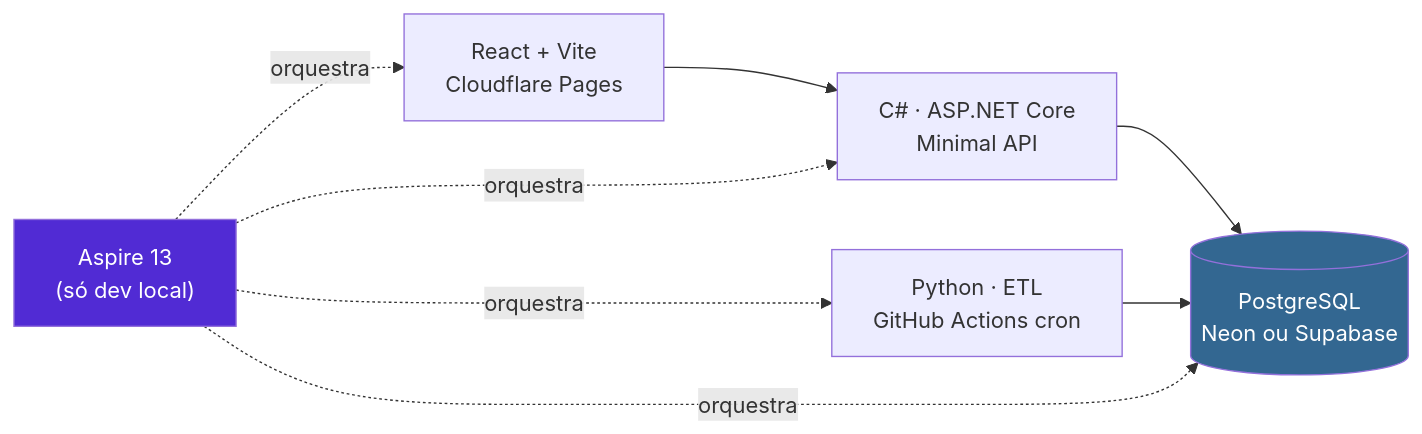
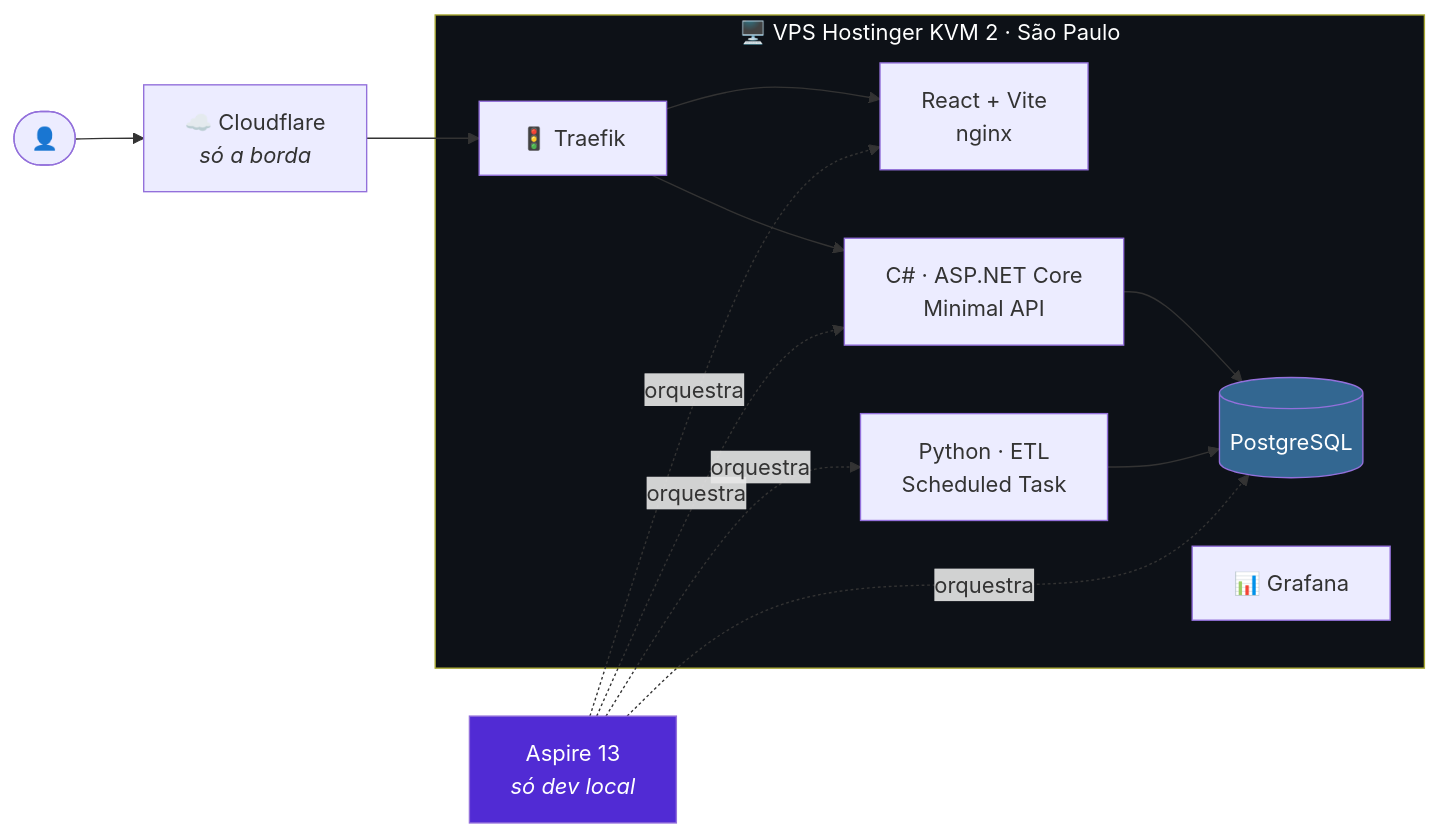
One commit to IgorLucasAssuncao/poligraph changed the diagram in docs/plano/README.md. Above: the diagram before and after it, drawn with Mermaid. The commit also changed other lines of this file and 1 other file, not shown here.

````diff
--- a/docs/plano/README.md
+++ b/docs/plano/README.md
@@ -23,9 +25,16 @@
 ```mermaid
 flowchart LR
-    R["React + Vite<br/>Cloudflare Pages"] --> A["C# · ASP.NET Core<br/>Minimal API"]
-    A --> P[("PostgreSQL<br/>Neon ou Supabase")]
-    E["Python · ETL<br/>GitHub Actions cron"] --> P
-    ASP["Aspire 13<br/>(só dev local)"] -.orquestra.-> R & A & P & E
+    U(["👤"]) --> CF["☁️ Cloudflare<br/><i>só a borda</i>"]
+    CF --> TR["🚦 Traefik"]
+    subgraph VPS["🖥️ VPS Hostinger KVM 2 · São Paulo"]
+        TR --> R["React + Vite<br/>nginx"]
+        TR --> A["C# · ASP.NET Core<br/>Minimal API"]
+        A --> P[("PostgreSQL")]
+        E["Python · ETL<br/>Scheduled Task"] --> P
+        G["📊 Grafana"]
+    end
+    ASP["Aspire 13<br/><i>só dev local</i>"] -.orquestra.-> R & A & P & E
     style ASP fill:#512bd4,color:#fff
     style P fill:#336791,color:#fff
+    style VPS fill:#0d1117,color:#fff
 ```
````
